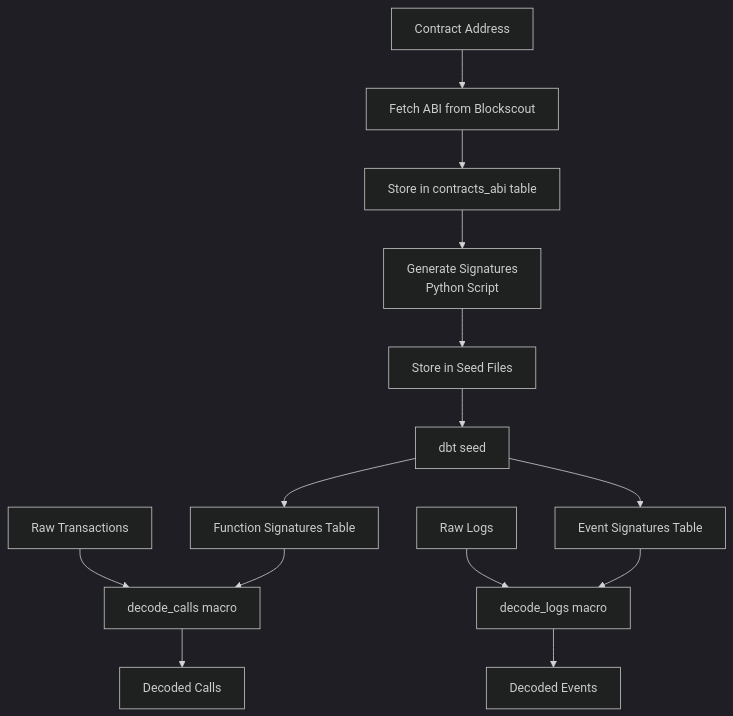
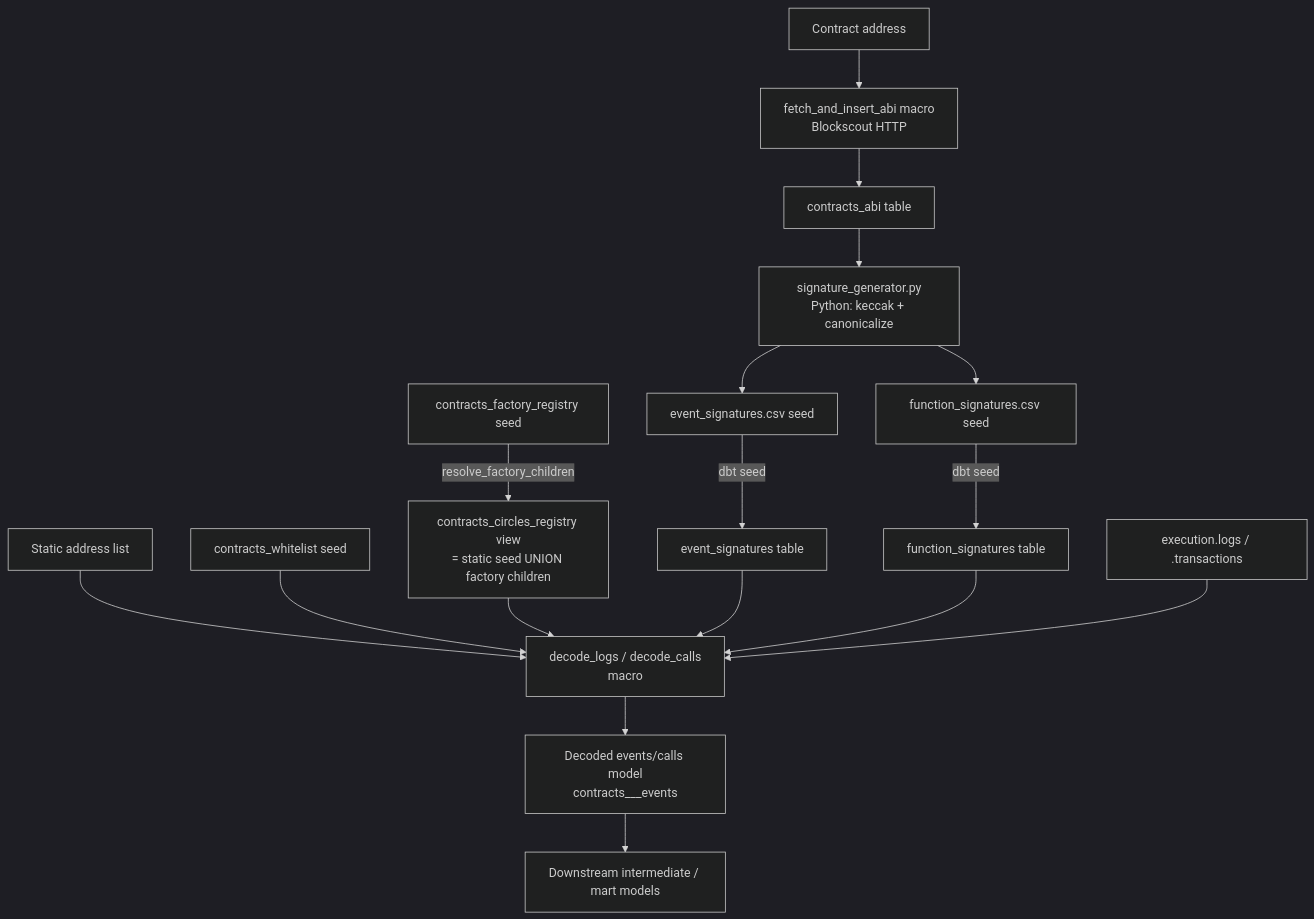
One commit to gnosischain/dbt-cerebro changed the fourth of 5 diagrams in README.md. Above: the diagram before and after it, drawn with Mermaid (dark theme). The commit also changed other lines of this file and 2 other files, not shown here.

Commit message:
fix decoding macro to handle both regitry and normal single contracts

````diff
--- a/README.md
+++ b/README.md
@@ -730,19 +746,22 @@
 ```mermaid
 graph TD
-    A[Contract Address] --> B[Fetch ABI from Blockscout]
-    B --> C[Store in contracts_abi table]
-    C --> D[Generate Signatures<br/>Python Script]
-    D --> E[Store in Seed Files]
-    E --> F[dbt seed]
-    F --> G[Function Signatures Table]
-    F --> H[Event Signatures Table]
+    A[Contract address] --> B[fetch_and_insert_abi macro<br/>Blockscout HTTP]
+    B --> C[contracts_abi table]
+    C --> D[signature_generator.py<br/>Python: keccak + canonicalize]
+    D --> E1[event_signatures.csv seed]
+    D --> E2[function_signatures.csv seed]
+    E1 -- dbt seed --> F1[event_signatures table]
+    E2 -- dbt seed --> F2[function_signatures table]
 
-    I[Raw Transactions] --> J[decode_calls macro]
-    K[Raw Logs] --> L[decode_logs macro]
+    G1[Static address list] --> H[decode_logs / decode_calls<br/>macro]
+    G2[contracts_whitelist seed] --> H
+    G3[contracts_circles_registry view<br/>= static seed UNION factory children] --> H
+    G4[contracts_factory_registry seed] -- resolve_factory_children --> G3
 
-    G --> J
-    H --> L
+    F1 --> H
+    F2 --> H
+    I[execution.logs / .transactions] --> H
 
-    J --> M[Decoded Calls]
-    L --> N[Decoded Events]
+    H --> J[Decoded events/calls model<br/>contracts_<protocol>_<contract>_events]
+    J --> K[Downstream intermediate / mart models]
 ```
````
